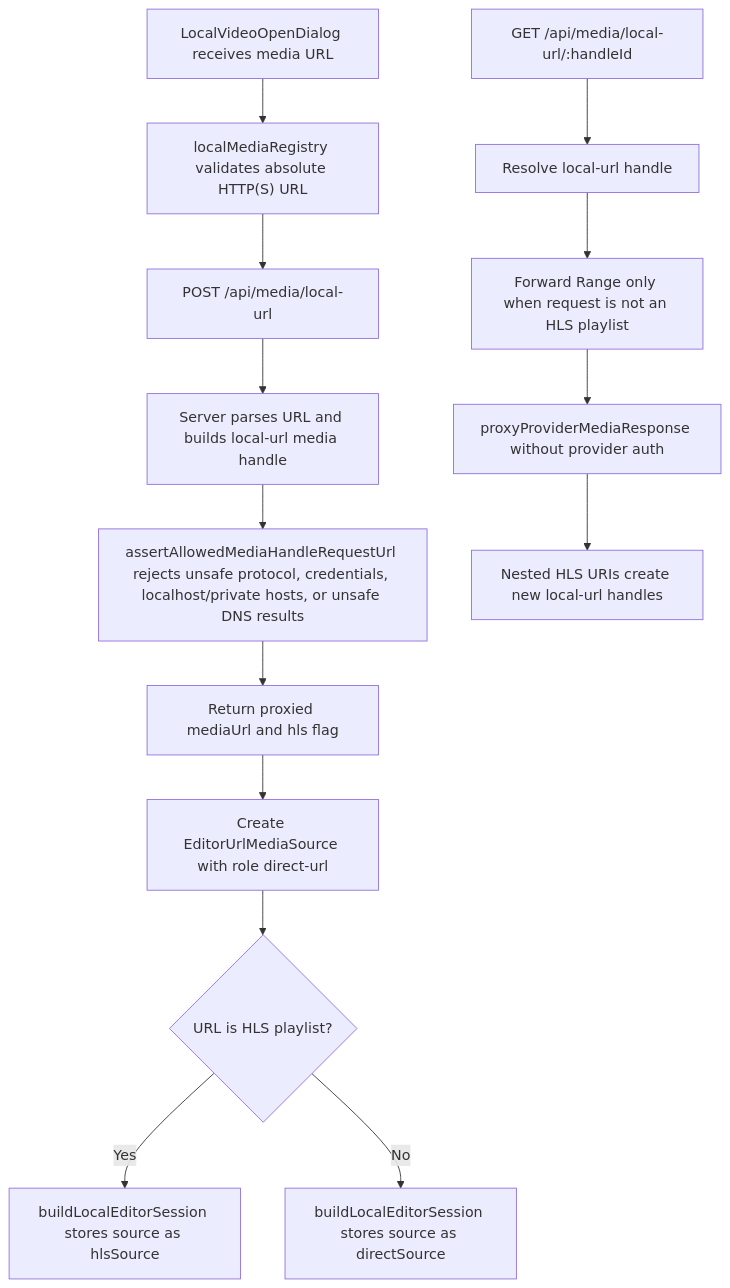
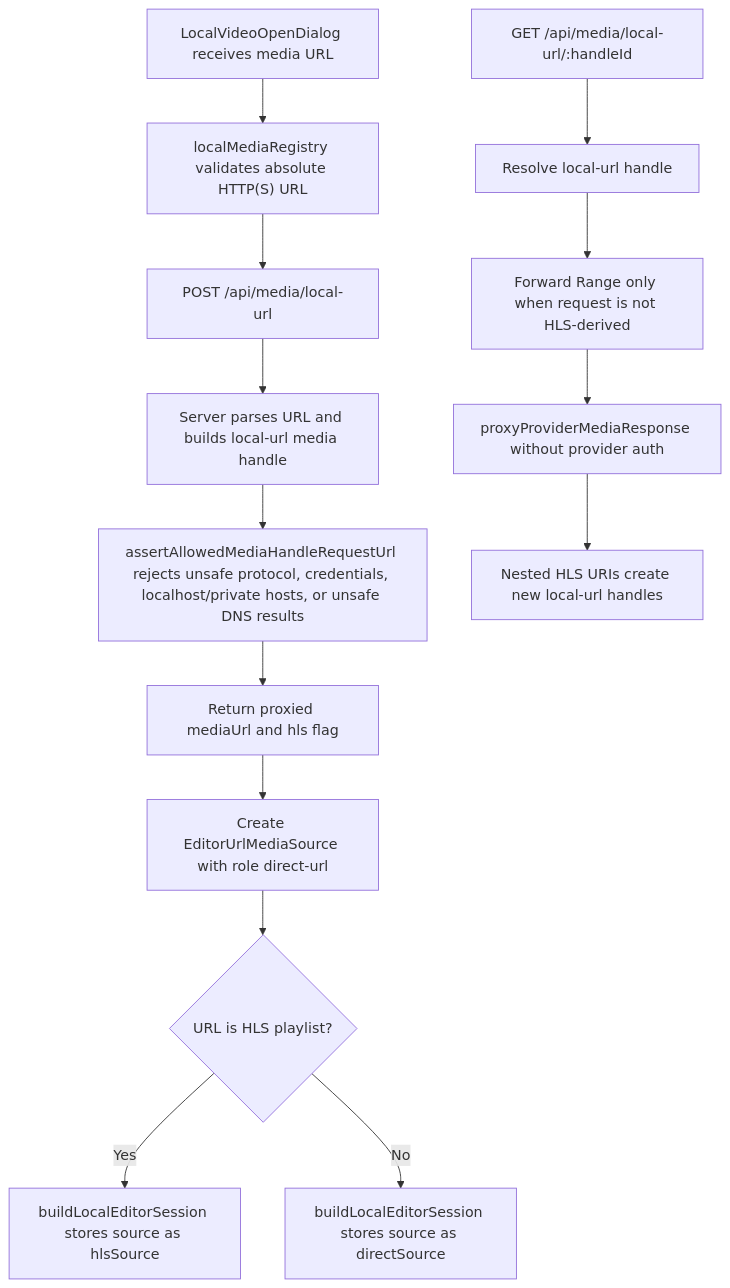
Before and after one commit to TechSquidTV/Cliparr: the tenth of 13 diagrams in DIAGRAMS.md, drawn with Mermaid. The commit also changed 7 other files, not shown here.

````diff
--- a/DIAGRAMS.md
+++ b/DIAGRAMS.md
@@ -262,17 +262,17 @@
 ```mermaid
 flowchart TD
     A["LocalVideoOpenDialog receives media URL"] --> B["localMediaRegistry validates absolute HTTP(S) URL"]
     B --> C["POST /api/media/local-url"]
     C --> D["Server parses URL and builds local-url media handle"]
     D --> E["assertAllowedMediaHandleRequestUrl rejects unsafe protocol, credentials, localhost/private hosts, or unsafe DNS results"]
     E --> F["Return proxied mediaUrl and hls flag"]
     F --> G["Create EditorUrlMediaSource with role direct-url"]
     G --> H{"URL is HLS playlist?"}
     H -- "Yes" --> I["buildLocalEditorSession stores source as hlsSource"]
     H -- "No" --> J["buildLocalEditorSession stores source as directSource"]
 
     K["GET /api/media/local-url/:handleId"] --> L["Resolve local-url handle"]
-    L --> M["Forward Range only when request is not an HLS playlist"]
+    L --> M["Forward Range only when request is not HLS-derived"]
     M --> N["proxyProviderMediaResponse without provider auth"]
     N --> O["Nested HLS URIs create new local-url handles"]
 ```
````
